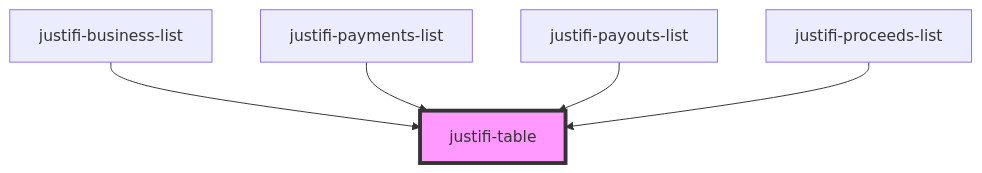
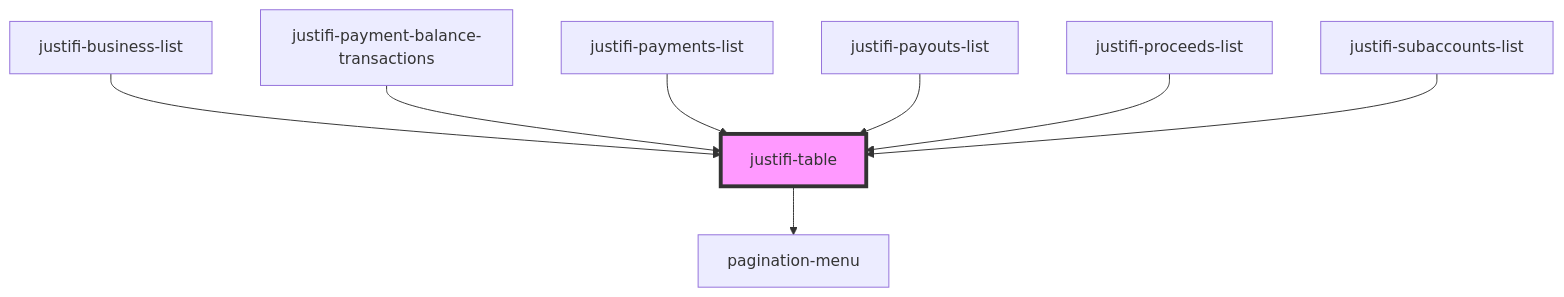
One commit to justifi-tech/web-component-library changed the diagram in stencil-library/src/components/table/readme.md. Above: the diagram before and after it, drawn with Mermaid. The commit also changed other lines of this file and 25 other files, not shown here.

````diff
--- a/stencil-library/src/components/table/readme.md
+++ b/stencil-library/src/components/table/readme.md
@@ -52,8 +54,11 @@
 ```mermaid
 graph TD;
+  justifi-table --> pagination-menu
   justifi-business-list --> justifi-table
+  justifi-payment-balance-transactions --> justifi-table
   justifi-payments-list --> justifi-table
   justifi-payouts-list --> justifi-table
   justifi-proceeds-list --> justifi-table
+  justifi-subaccounts-list --> justifi-table
   style justifi-table fill:#f9f,stroke:#333,stroke-width:4px
 ```
````
